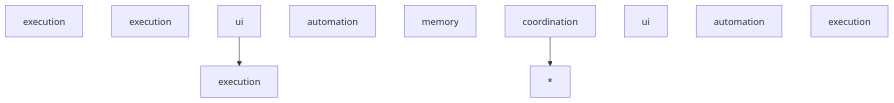
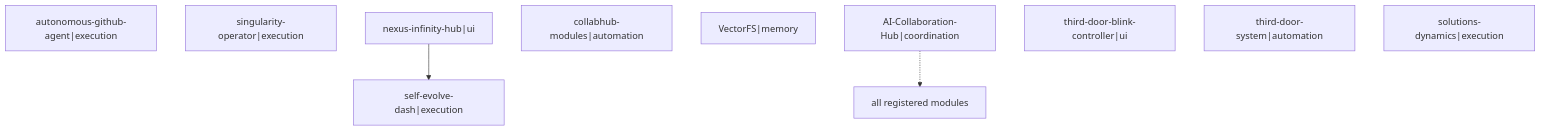
The diagram in AI-Collaboration-Hub/nexus-core/graph.md (eric847b/AI-Collaboration-Hub), drawn with Mermaid before and after one commit. The commit also changed 7 other files, not shown here.

First line of the commit message:
feat(nexus-core,agent): security hardening, validation, and workflow robustness

````diff
--- a/AI-Collaboration-Hub/nexus-core/graph.md
+++ b/AI-Collaboration-Hub/nexus-core/graph.md
@@ -3,15 +3,15 @@
 ```mermaid
 graph TD
-  autonomous-github-agent[execution]
-  singularity-operator[execution]
-  self-evolve-dash[execution]
-  nexus-infinity-hub[ui]
-  collabhub-modules[automation]
-  VectorFS[memory]
-  AI-Collaboration-Hub[coordination]
-  third-door-blink-controller[ui]
-  third-door-system[automation]
-  solutions-dynamics[execution]
-  nexus-infinity-hub --> self-evolve-dash
-  AI-Collaboration-Hub --> *
+  module_0["autonomous-github-agent|execution"]
+  module_1["singularity-operator|execution"]
+  module_2["self-evolve-dash|execution"]
+  module_3 --> module_2
+  module_3["nexus-infinity-hub|ui"]
+  module_4["collabhub-modules|automation"]
+  module_5["VectorFS|memory"]
+  module_6["AI-Collaboration-Hub|coordination"]
+  module_6 -.-> wildcard["all registered modules"]
+  module_7["third-door-blink-controller|ui"]
+  module_8["third-door-system|automation"]
+  module_9["solutions-dynamics|execution"]
 ```
````
